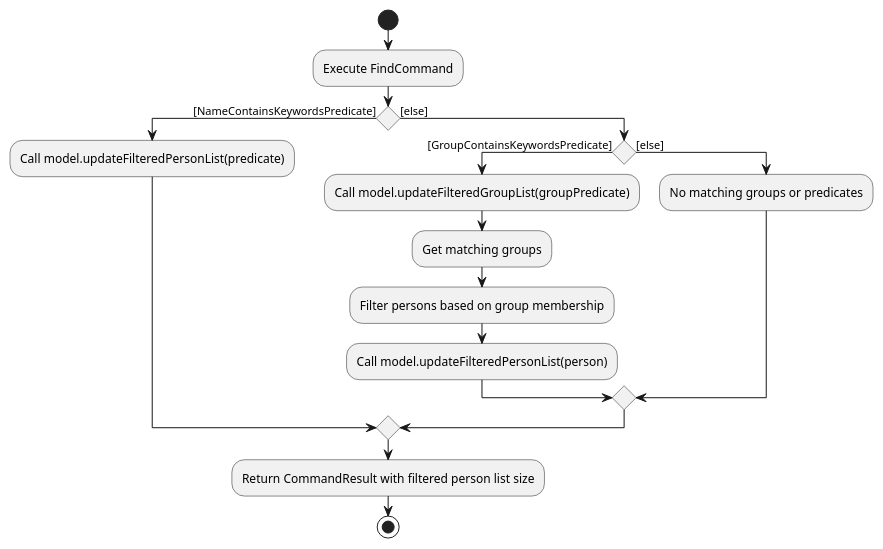
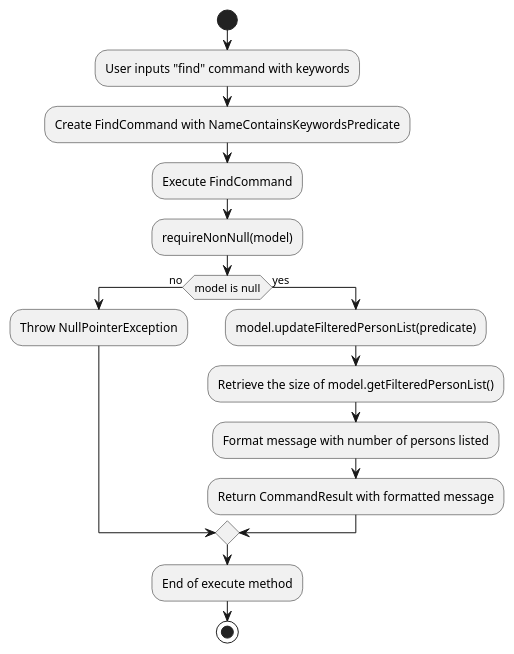
One commit to nus-cs2103-AY2425S1/tp changed the diagram in docs/diagrams/FindCommandActivityDiagram.puml. Above: the diagram before and after it, drawn with PlantUML. The commit also changed 1 other file, not shown here.

Commit message:
Add the new activity diagram for FindGroupCommand and update FindCommand

```diff
--- a/docs/diagrams/FindCommandActivityDiagram.puml
+++ b/docs/diagrams/FindCommandActivityDiagram.puml
@@ -1,22 +1,22 @@
 @startuml
 start
 
+:User inputs "find" command with keywords;
+:Create FindCommand with NameContainsKeywordsPredicate;
+
 :Execute FindCommand;
+:requireNonNull(model);
 
-if () then ([NameContainsKeywordsPredicate])
-  :Call model.updateFilteredPersonList(predicate);
-else ([else])
-  if () then ([GroupContainsKeywordsPredicate])
-    :Call model.updateFilteredGroupList(groupPredicate);
-    :Get matching groups;
-    :Filter persons based on group membership;
-    :Call model.updateFilteredPersonList(person);
-  else ([else])
-    :No matching groups or predicates;
-  endif
+if (model is null) then (no)
+    :Throw NullPointerException;
+else (yes)
+    :model.updateFilteredPersonList(predicate);
+    :Retrieve the size of model.getFilteredPersonList();
+    :Format message with number of persons listed;
+    :Return CommandResult with formatted message;
 endif
 
-:Return CommandResult with filtered person list size;
+:End of execute method;
 
 stop
 @enduml
```
